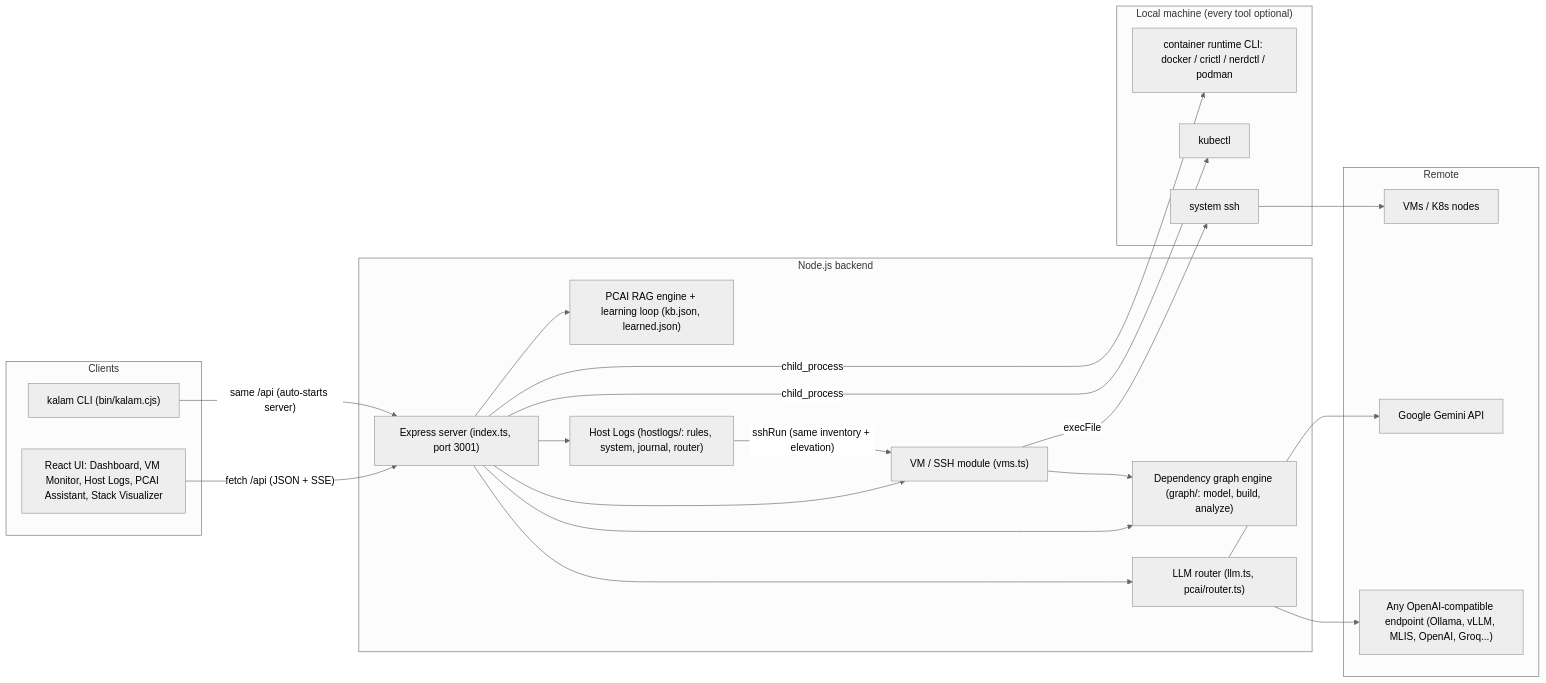
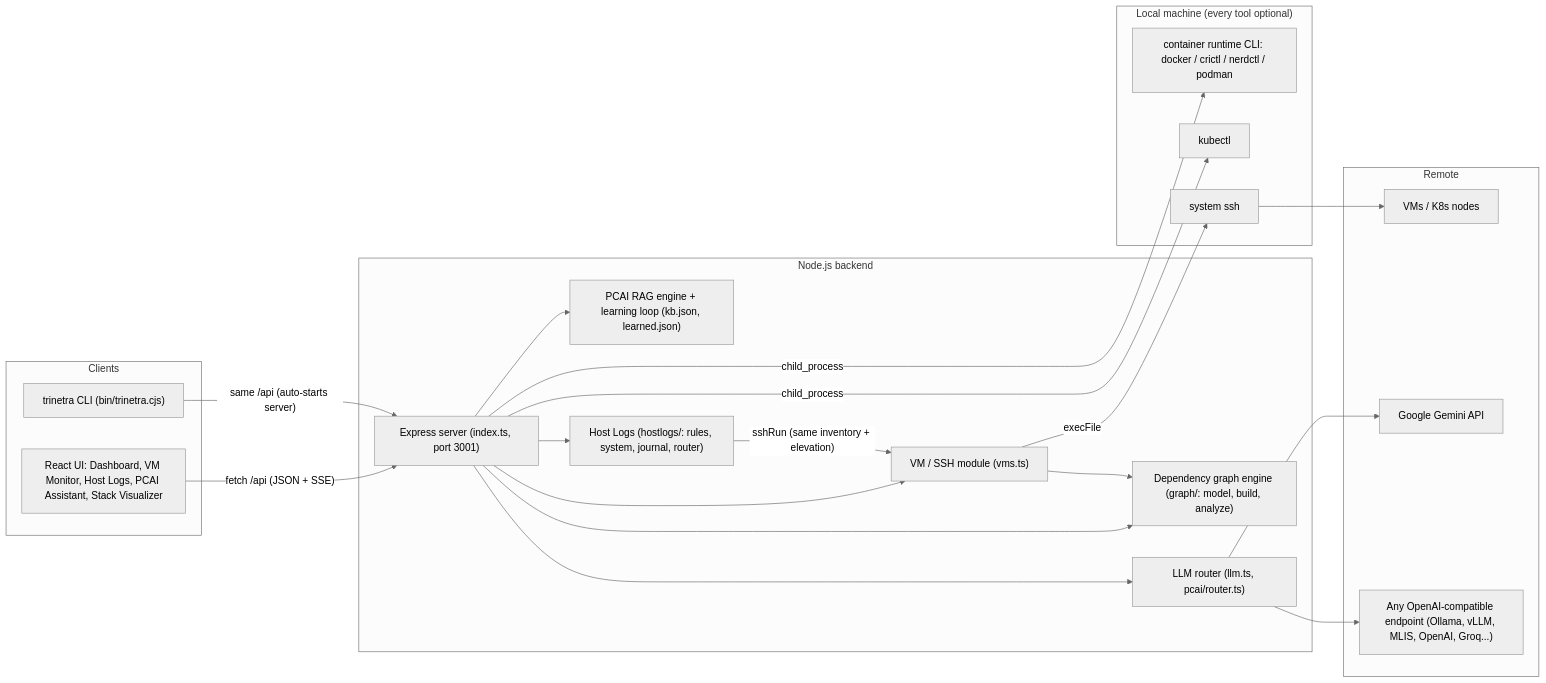
The first of 9 diagrams in ARCHITECTURE.md (AdityaRam24/kalam), drawn with Mermaid (neutral theme) before and after one commit. The commit also changed other lines of this file and 100 other files, not shown here.

````diff
--- a/ARCHITECTURE.md
+++ b/ARCHITECTURE.md
@@ -19,44 +19,44 @@
 ```mermaid
 flowchart LR
     subgraph B["Clients"]
         UI["React UI: Dashboard, VM Monitor, Host Logs, PCAI Assistant, Stack Visualizer"]
-        CLI["kalam CLI (bin/kalam.cjs)"]
+        CLI["trinetra CLI (bin/trinetra.cjs)"]
     end
 
     subgraph N["Node.js backend"]
         API["Express server (index.ts, port 3001)"]
         RAG["PCAI RAG engine + learning loop (kb.json, learned.json)"]
         VMS["VM / SSH module (vms.ts)"]
         HOSTLOGS["Host Logs (hostlogs/: rules, system, journal, router)"]
         GRAPH["Dependency graph engine (graph/: model, build, analyze)"]
         LLM["LLM router (llm.ts, pcai/router.ts)"]
     end
 
     subgraph L["Local machine (every tool optional)"]
         DOCKER["container runtime CLI: docker / crictl / nerdctl / podman"]
         KUBECTL["kubectl"]
         SSHBIN["system ssh"]
     end
 
     subgraph R["Remote"]
         VM["VMs / K8s nodes"]
         GEMINI["Google Gemini API"]
         ANY["Any OpenAI-compatible endpoint (Ollama, vLLM, MLIS, OpenAI, Groq...)"]
     end
 
     UI -->|"fetch /api (JSON + SSE)"| API
     CLI -->|"same /api (auto-starts server)"| API
     API --> RAG
     API --> VMS
     API --> HOSTLOGS
     HOSTLOGS -->|"sshRun (same inventory + elevation)"| VMS
     API --> GRAPH
     VMS --> GRAPH
     API --> LLM
     API -->|child_process| DOCKER
     API -->|child_process| KUBECTL
     VMS -->|execFile| SSHBIN
     SSHBIN --> VM
     LLM --> GEMINI
     LLM --> ANY
 ```
````
